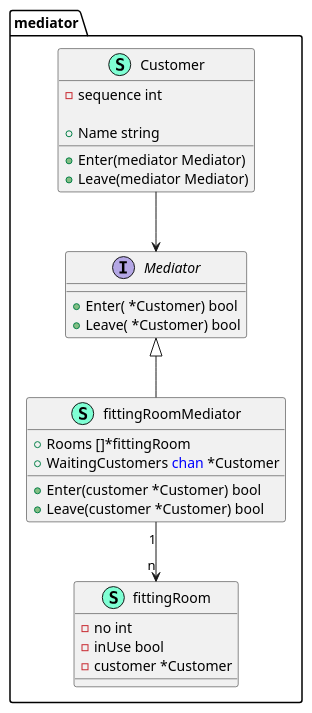
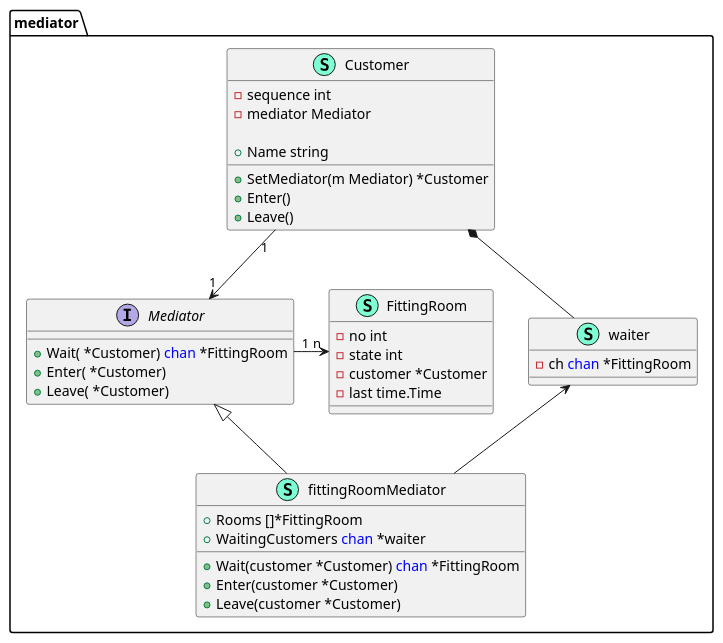
One commit to hitzhangjie/go-patterns changed the diagram in behavioral/7_mediator/file.puml. Above: the diagram before and after it, drawn with PlantUML. The commit also changed 8 other files, not shown here.

Commit message:
patterns: update behavior patterns relevant class diagrams

```diff
--- a/behavioral/7_mediator/file.puml
+++ b/behavioral/7_mediator/file.puml
@@ -1,37 +1,49 @@
 @startuml
 namespace mediator {
     class Customer << (S,Aquamarine) >> {
         - sequence int
+        - mediator Mediator
 
         + Name string
 
-        + Enter(mediator Mediator) 
-        + Leave(mediator Mediator) 
+        + SetMediator(m Mediator) *Customer
+        + Enter() 
+        + Leave() 
+
+    }
+    class FittingRoom << (S,Aquamarine) >> {
+        - no int
+        - state int
+        - customer *Customer
+        - last time.Time
 
     }
     interface Mediator  {
-        + Enter( *Customer) bool
-        + Leave( *Customer) bool
-
-    }
-    class fittingRoom << (S,Aquamarine) >> {
-        - no int
-        - inUse bool
-        - customer *Customer
+        + Wait( *Customer) <font color=blue>chan</font> *FittingRoom
+        + Enter( *Customer) 
+        + Leave( *Customer) 
 
     }
     class fittingRoomMediator << (S,Aquamarine) >> {
-        + Rooms []*fittingRoom
-        + WaitingCustomers <font color=blue>chan</font> *Customer
+        + Rooms []*FittingRoom
+        + WaitingCustomers <font color=blue>chan</font> *waiter
 
-        + Enter(customer *Customer) bool
-        + Leave(customer *Customer) bool
+        + Wait(customer *Customer) <font color=blue>chan</font> *FittingRoom
+        + Enter(customer *Customer) 
+        + Leave(customer *Customer) 
+
+    }
+    class waiter << (S,Aquamarine) >> {
+        - ch <font color=blue>chan</font> *FittingRoom
 
     }
 }
+"mediator.Customer" "1" --> "1" "mediator.Mediator"
+
+"mediator.Customer" *-- "mediator.waiter"
+"mediator.Mediator" "1" -right-> "n" "mediator.FittingRoom"
 
 "mediator.Mediator" <|-- "mediator.fittingRoomMediator"
-"mediator.fittingRoomMediator" "1" --> "n" "mediator.fittingRoom"
-"mediator.Customer" --> "mediator.Mediator"
+"mediator.fittingRoomMediator" -up-> "mediator.waiter"
 
 @enduml
```
